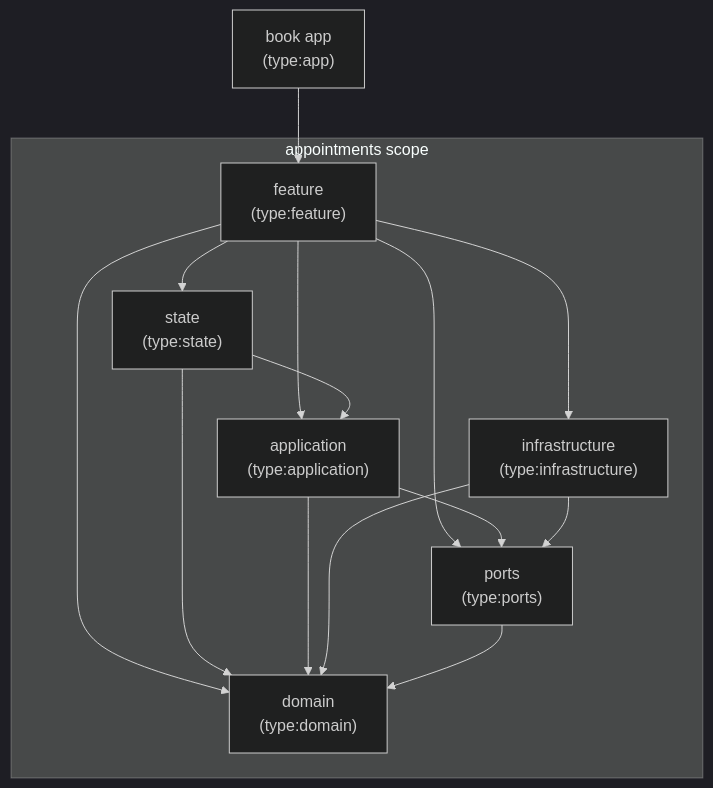
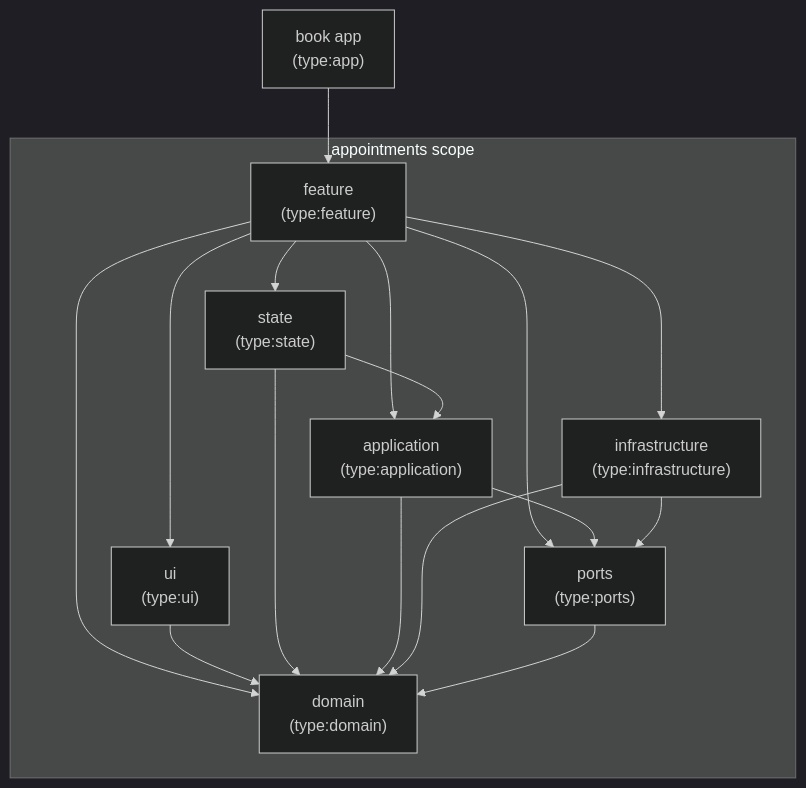
Before and after one commit to Gillesf31/hexa: the first of 3 diagrams in README.md, drawn with Mermaid (dark theme). The commit also changed other lines of this file and 10 other files, not shown here.

````diff
--- a/README.md
+++ b/README.md
@@ -14,27 +14,30 @@
 ```mermaid
 flowchart TB
   APP["book app\n(type:app)"]
 
   subgraph APPOINTMENTS["appointments scope"]
     FEATURE["feature\n(type:feature)"]
+    UI["ui\n(type:ui)"]
     STATE["state\n(type:state)"]
     APPLICATION["application\n(type:application)"]
     INFRA["infrastructure\n(type:infrastructure)"]
     PORTS["ports\n(type:ports)"]
     DOMAIN["domain\n(type:domain)"]
   end
 
   APP --> FEATURE
+  FEATURE --> UI
   FEATURE --> STATE
   FEATURE --> APPLICATION
   FEATURE --> INFRA
   FEATURE --> PORTS
   FEATURE --> DOMAIN
+  UI --> DOMAIN
   STATE --> APPLICATION
   STATE --> DOMAIN
   APPLICATION --> PORTS
   APPLICATION --> DOMAIN
   INFRA --> PORTS
   INFRA --> DOMAIN
   PORTS --> DOMAIN
 ```
````
